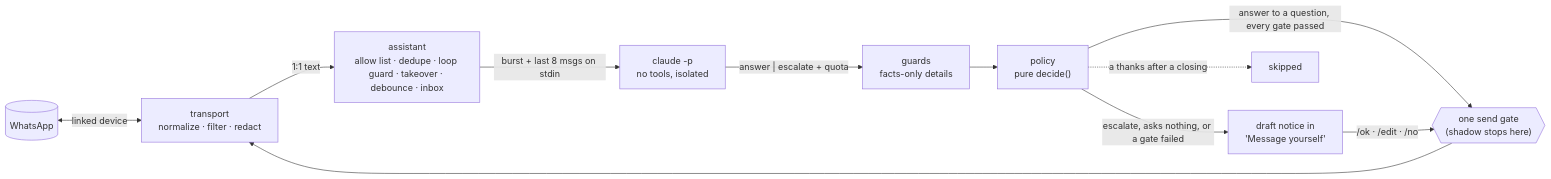
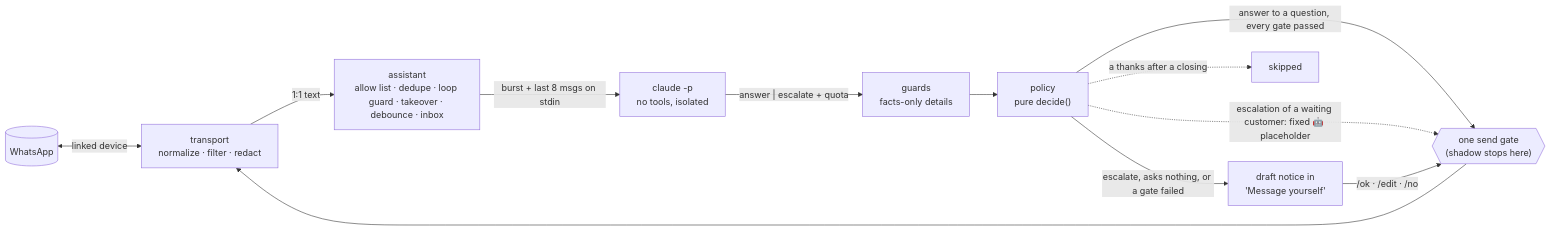
One commit to dolphinigle/wa-claude-assistant changed the diagram in docs/reference-guide.md. Above: the diagram before and after it, drawn with Mermaid. The commit also changed other lines of this file and 1 other file, not shown here.

First line of the commit message:
docs: describe the placeholder's switch, period, failures and eval gates

````diff
--- a/docs/reference-guide.md
+++ b/docs/reference-guide.md
@@ -49,13 +49,14 @@
 ```mermaid
 flowchart LR
   WA[("WhatsApp")] <-->|linked device| T["transport<br/>normalize · filter · redact"]
   T -->|"1:1 text"| A["assistant<br/>allow list · dedupe · loop guard · takeover · debounce · inbox"]
   A -->|"burst + last 8 msgs on stdin"| B["claude -p<br/>no tools, isolated"]
   B -->|"answer | escalate + quota"| G["guards<br/>facts-only details"]
   G --> P["policy<br/>pure decide()"]
   P -->|"answer to a question, every gate passed"| S{{"one send gate<br/>(shadow stops here)"}}
   P -->|"escalate, asks nothing, or a gate failed"| N["draft notice in<br/>'Message yourself'"]
   P -.->|"a thanks after a closing"| K["skipped"]
+  P -.->|"escalation of a waiting customer: fixed 🤖 placeholder"| S
   N -->|"/ok · /edit · /no"| S
   S --> T
 ```
````
